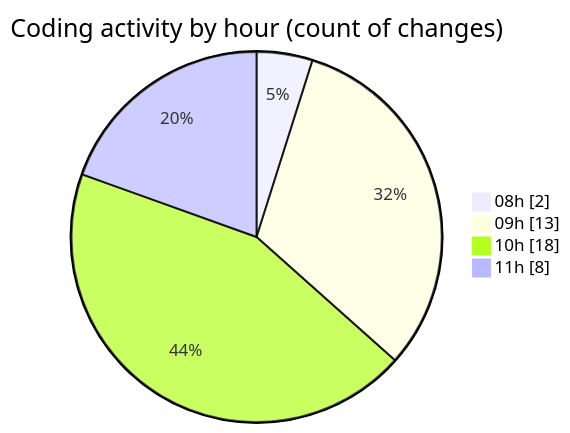
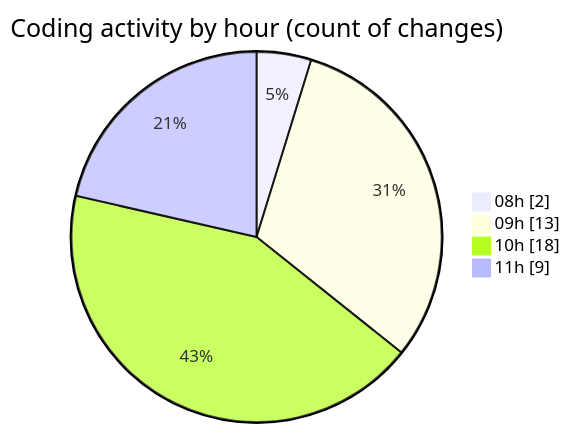
Before and after one commit to LanceThiago/code-tracking: the second of 2 diagrams in 2025-03-26/kml/README.md, drawn with Mermaid. The commit also changed other lines of this file and 1 other file, not shown here.

````diff
--- a/2025-03-26/kml/README.md
+++ b/2025-03-26/kml/README.md
@@ -34,8 +36,8 @@
 ```mermaid
 pie showData
 title Coding activity by hour (count of changes)
 "08h" : 2
 "09h" : 13
 "10h" : 18
-"11h" : 8
+"11h" : 9
 ```
````
